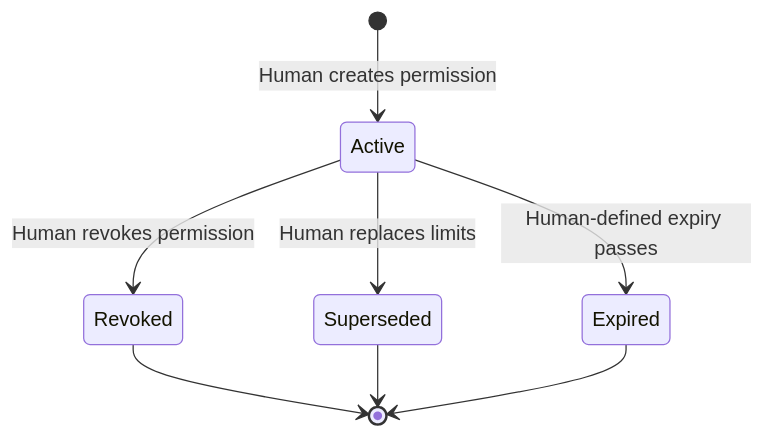
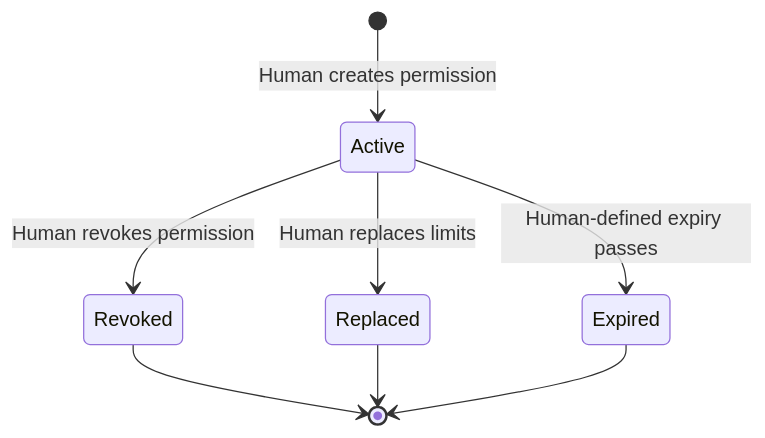
Before and after one commit to kpsuperplane/Noema: diagram 27 of 29 in docs/superpowers/plans/2026-08-08-noema-practical-reliability-roadmap.md, drawn with Mermaid. The commit also changed other lines of this file, not shown here.

Commit message:
docs: apply plain terms across roadmap

````diff
--- a/docs/superpowers/plans/2026-08-08-noema-practical-reliability-roadmap.md
+++ b/docs/superpowers/plans/2026-08-08-noema-practical-reliability-roadmap.md
@@ -1673,10 +1680,10 @@
 ```mermaid
 stateDiagram-v2
     [*] --> Active: Human creates permission
     Active --> Revoked: Human revokes permission
-    Active --> Superseded: Human replaces limits
+    Active --> Replaced: Human replaces limits
     Active --> Expired: Human-defined expiry passes
     Revoked --> [*]
-    Superseded --> [*]
+    Replaced --> [*]
     Expired --> [*]
 ```
````
